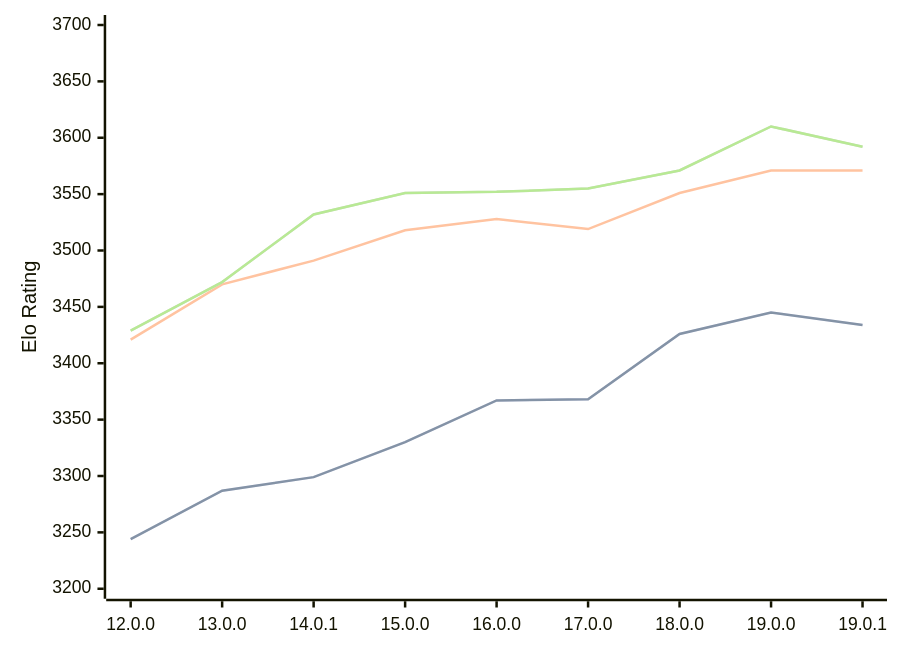
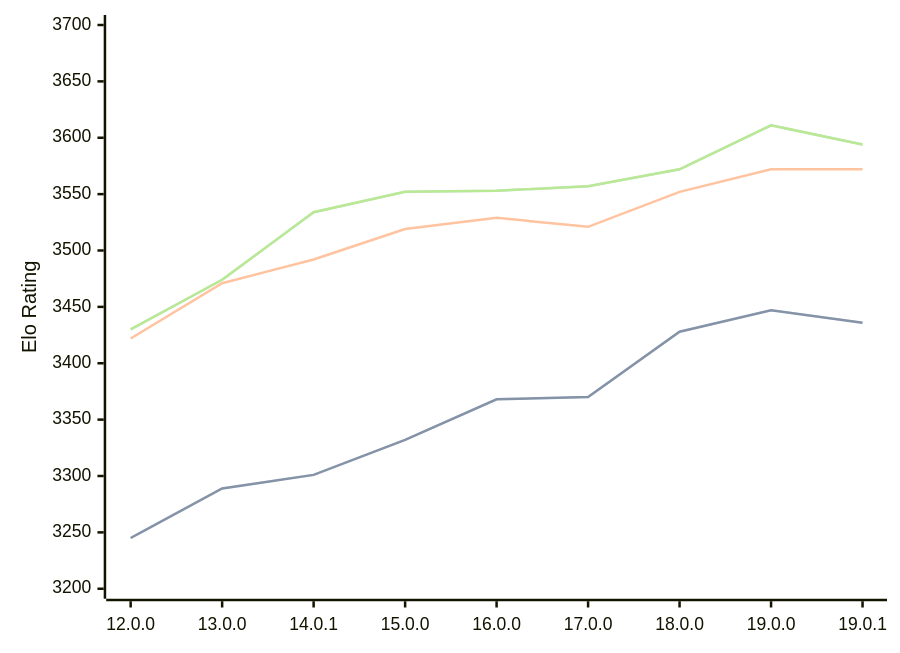
Before and after one commit to computer-chess-index/cci: the diagram in engines/Viridithas.md, drawn with Mermaid. The commit also changed other lines of this file, not shown here.

Commit message:
Update CCI Ratings (ELO VLTC) - 2026-02-21

````diff
--- a/engines/Viridithas.md
+++ b/engines/Viridithas.md
@@ -60,11 +60,11 @@
 ```mermaid
 %%{init: {"theme":"base","themeVariables":{"seriesColors:['#a3a3a3','#222221','#faa371']}}}%%
 xychart-beta
   x-axis ["12.0.0", "13.0.0", "14.0.1", "15.0.0", "16.0.0", "17.0.0", "18.0.0", "19.0.0", "19.0.1"]
   y-axis "Elo Rating" 3200 --> 3700
-  line "STC (8.0+0.08s)" [3244, 3287, 3299, 3330, 3367, 3368, 3426, 3445, 3434]
-  line "STC (8.0+0.08s)" [3244, 3287, 3299, 3330, 3367, 3368, 3426, 3445, 3434]
-  line "LTC (60.0+0.60s)" [3421, 3470, 3491, 3518, 3528, 3519, 3551, 3571, 3571]
-  line "VLTC (2m24s+1.12s)" [3429, 3472, 3532, 3551, 3552, 3555, 3571, 3610, 3592]
-  line "VLTC (2m24s+1.12s)" [3429, 3472, 3532, 3551, 3552, 3555, 3571, 3610, 3592]
+  line "STC (8.0+0.08s)" [3245, 3289, 3301, 3332, 3368, 3370, 3428, 3447, 3436]
+  line "STC (8.0+0.08s)" [3245, 3289, 3301, 3332, 3368, 3370, 3428, 3447, 3436]
+  line "LTC (60.0+0.60s)" [3422, 3471, 3492, 3519, 3529, 3521, 3552, 3572, 3572]
+  line "VLTC (2m24s+1.12s)" [3430, 3474, 3534, 3552, 3553, 3557, 3572, 3611, 3594]
+  line "VLTC (2m24s+1.12s)" [3430, 3474, 3534, 3552, 3553, 3557, 3572, 3611, 3594]
 ```
````
